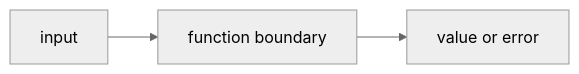
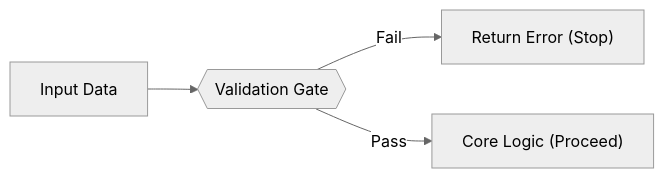
Before and after one commit to rasel9t6/the-go-engineer: the diagram in 03-functions-errors/5-validation/README.md, drawn with Mermaid (neutral theme). The commit also changed other lines of this file and 26 other files, not shown here.

````diff
--- a/03-functions-errors/5-validation/README.md
+++ b/03-functions-errors/5-validation/README.md
@@ -28,5 +23,6 @@
 ```mermaid
 graph LR
-    A["input"] --> B["function boundary"]
-    B --> C["value or error"]
+    A["Input Data"] --> B{{"Validation Gate"}}
+    B -- "Fail" --> C["Return Error (Stop)"]
+    B -- "Pass" --> D["Core Logic (Proceed)"]
 ```
````
